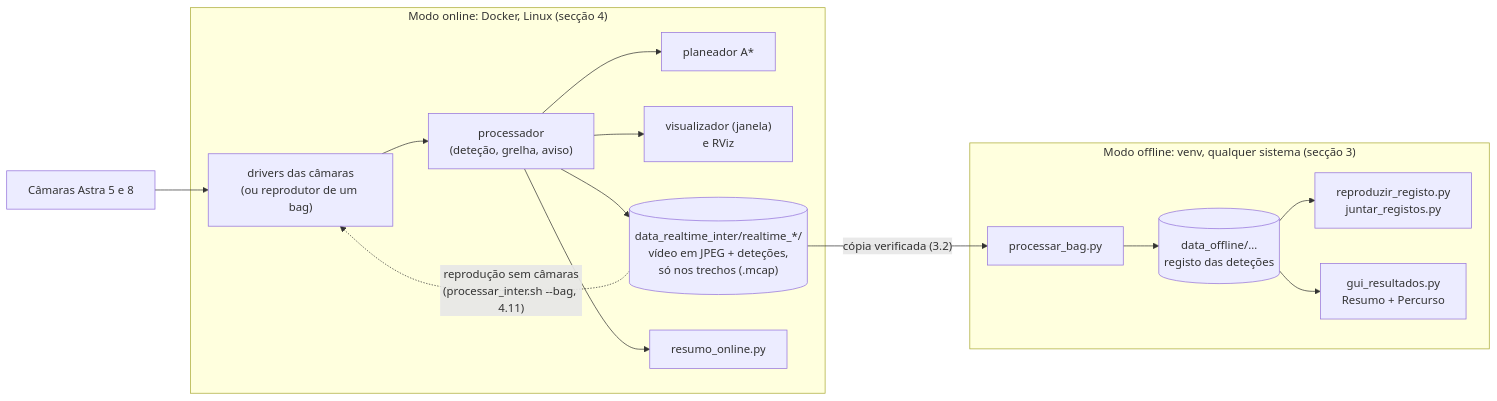
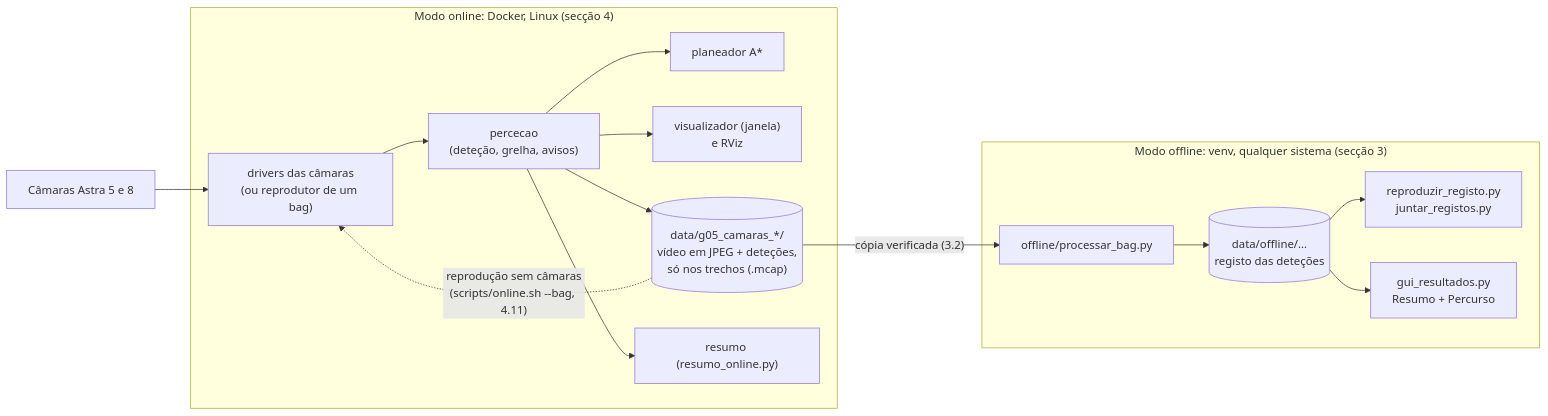
The diagram in README.md (afv2003/aquisi-o_astra_orbec), drawn with Mermaid before and after one commit. The commit also changed other lines of this file and 96 other files, not shown here.

````diff
--- a/README.md
+++ b/README.md
@@ -31,32 +114,32 @@
 ```mermaid
 flowchart LR
     CAM["Câmaras Astra 5 e 8"]
 
     subgraph ON["Modo online: Docker, Linux (secção 4)"]
         DRV["drivers das câmaras<br/>(ou reprodutor de um bag)"]
-        PROC["processador<br/>(deteção, grelha, aviso)"]
+        PROC["percecao<br/>(deteção, grelha, avisos)"]
         PLAN["planeador A*"]
         VIS["visualizador (janela)<br/>e RViz"]
-        BAG[("data_realtime_inter/realtime_*/<br/>vídeo em JPEG + deteções,<br/>só nos trechos (.mcap)")]
-        RO["resumo_online.py"]
+        BAG[("data/g05_camaras_*/<br/>vídeo em JPEG + deteções,<br/>só nos trechos (.mcap)")]
+        RO["resumo (resumo_online.py)"]
         DRV --> PROC
         PROC --> PLAN
         PROC --> VIS
         PROC --> BAG
         PROC --> RO
     end
 
     subgraph OFF["Modo offline: venv, qualquer sistema (secção 3)"]
-        PB["processar_bag.py"]
-        REG[("data_offline/…<br/>registo das deteções")]
+        PB["offline/processar_bag.py"]
+        REG[("data/offline/…<br/>registo das deteções")]
         RR["reproduzir_registo.py<br/>juntar_registos.py"]
         GUI["gui_resultados.py<br/>Resumo + Percurso"]
         PB --> REG
         REG --> RR
         REG --> GUI
     end
 
     CAM --> DRV
     BAG -->|"cópia verificada (3.2)"| PB
-    BAG -.->|"reprodução sem câmaras<br/>(processar_inter.sh --bag, 4.11)"| DRV
+    BAG -.->|"reprodução sem câmaras<br/>(scripts/online.sh --bag, 4.11)"| DRV
 ```
````
